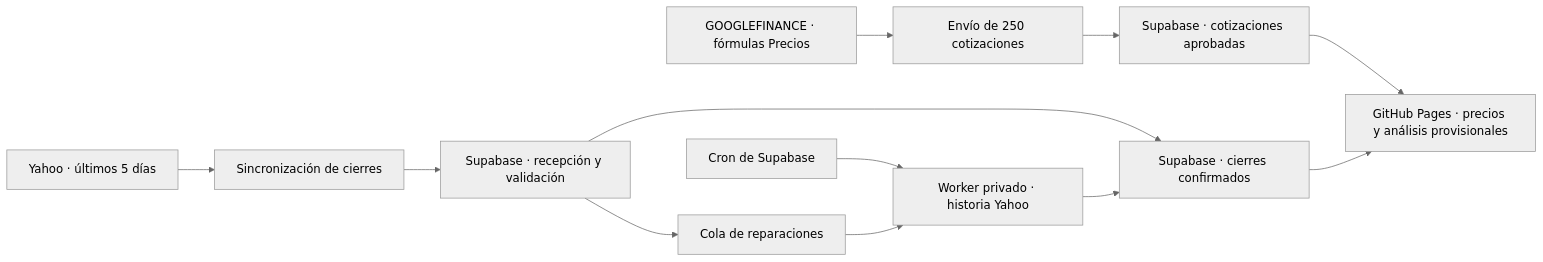
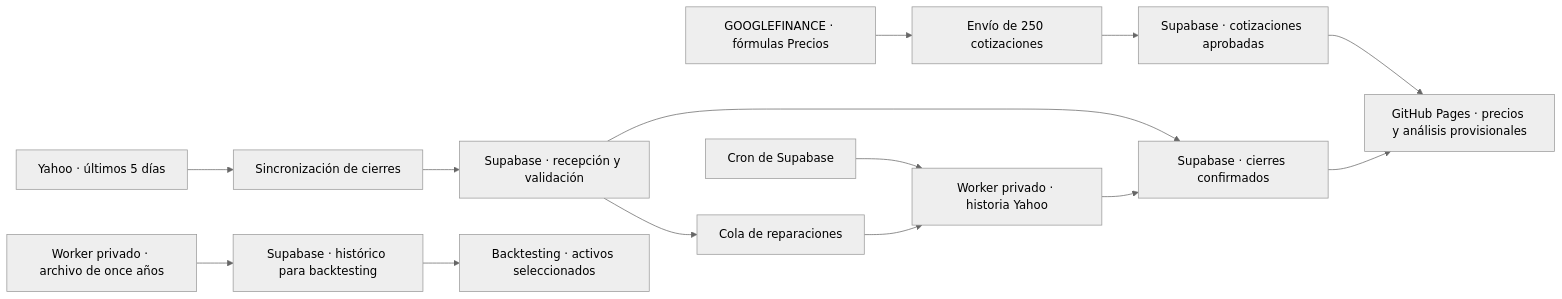
The diagram in README.md (jpmauricio2906-bot/market-scanner), drawn with Mermaid (neutral theme) before and after one commit. The commit also changed other lines of this file and 35 other files, not shown here.

````diff
--- a/README.md
+++ b/README.md
@@ -25,14 +27,16 @@
 ```mermaid
 flowchart LR
   Finance[GOOGLEFINANCE · fórmulas Precios] --> Snapshot[Envío de 250 cotizaciones]
   Snapshot --> Live[Supabase · cotizaciones aprobadas]
   Live --> Web[GitHub Pages · precios y análisis provisionales]
   Yahoo[Yahoo · últimos 5 días] --> Google[Sincronización de cierres]
   Google --> RPC[Supabase · recepción y validación]
   RPC --> Historial[Supabase · cierres confirmados]
   RPC --> Cola[Cola de reparaciones]
   Cron[Cron de Supabase] --> Worker[Worker privado · historia Yahoo]
   Cola --> Worker
   Worker --> Historial
   Historial --> Web
+  ArchivoWorker[Worker privado · archivo de once años] --> Archivo[Supabase · histórico para backtesting]
+  Archivo --> Backtest[Backtesting · activos seleccionados]
 ```
````
